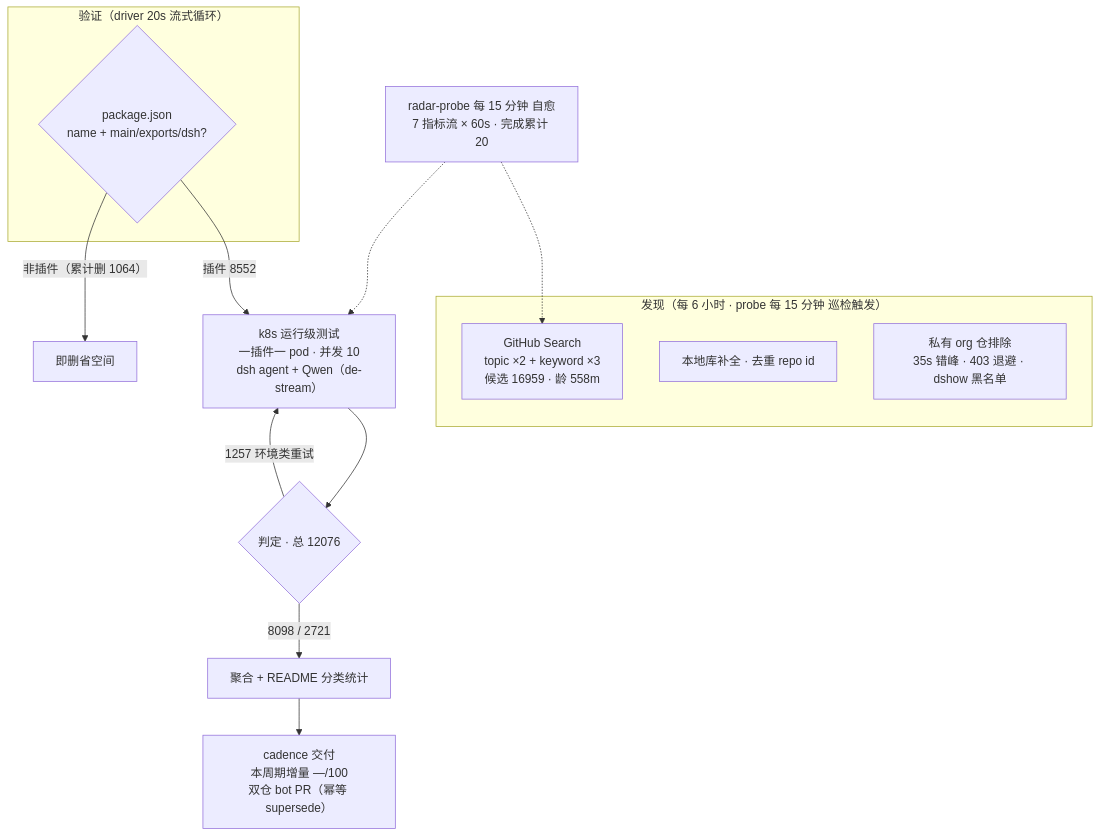
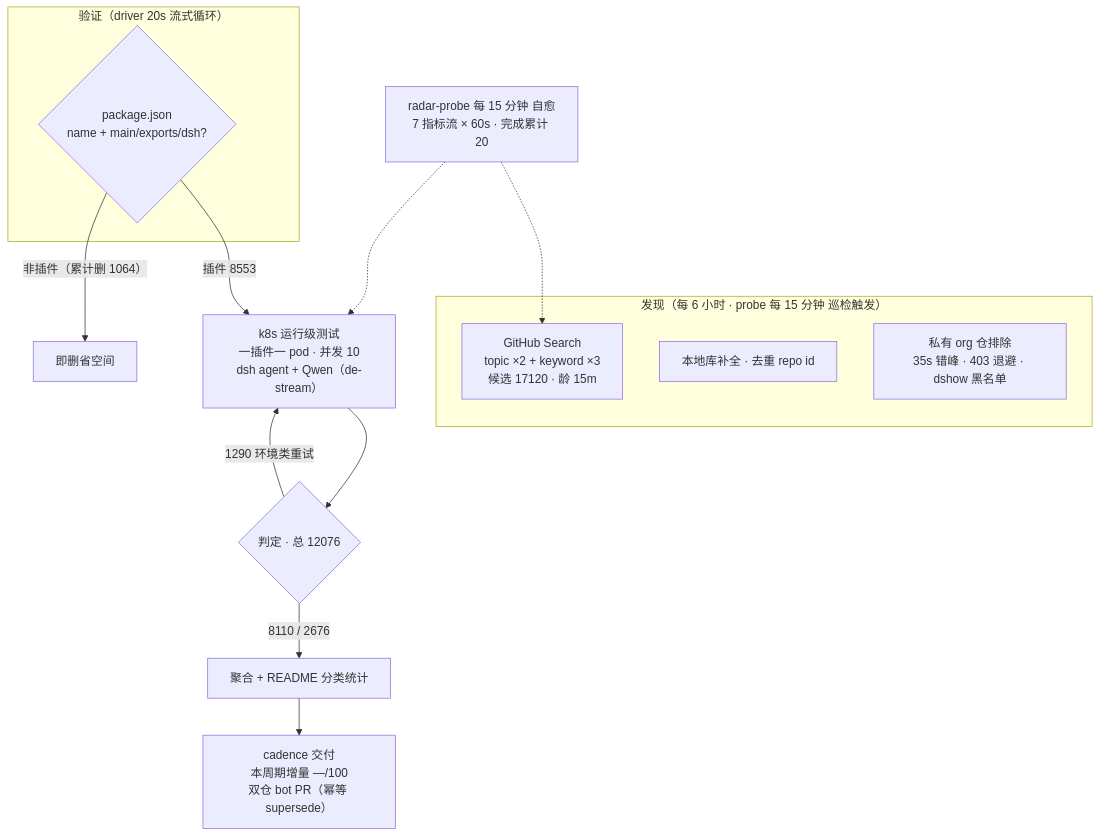
One commit to Zhidao-Lab-OSS/awesome-dsh-plugins changed the diagram in README.md. Above: the diagram before and after it, drawn with Mermaid. The commit also changed other lines of this file and 1 other file, not shown here.

````diff
--- a/README.md
+++ b/README.md
@@ -52,20 +52,20 @@
 ```mermaid
 flowchart TB
     subgraph Discovery["发现（每 6 小时 · probe 每 15 分钟 巡检触发）"]
-        A1["GitHub Search<br/>topic ×2 + keyword ×3<br/>候选 16959 · 龄 558m"]
+        A1["GitHub Search<br/>topic ×2 + keyword ×3<br/>候选 17120 · 龄 15m"]
         A2["本地库补全 · 去重 repo id"]
         A3["私有 org 仓排除<br/>35s 错峰 · 403 退避 · dshow 黑名单"]
     end
     subgraph Validation["验证（driver 20s 流式循环）"]
         B1{"package.json<br/>name + main/exports/dsh?"}
     end
-    B1 -->|"插件 8552"| C1["k8s 运行级测试<br/>一插件一 pod · 并发 10<br/>dsh agent + Qwen（de-stream）"]
+    B1 -->|"插件 8553"| C1["k8s 运行级测试<br/>一插件一 pod · 并发 10<br/>dsh agent + Qwen（de-stream）"]
     B1 -->|"非插件（累计删 1064）"| B3["即删省空间"]
     C1 --> D1{"判定 · 总 12076"}
-    D1 -->|"8098 / 2721"| E1["聚合 + README 分类统计"]
-    D1 -->|"1257 环境类重试"| C1
+    D1 -->|"8110 / 2676"| E1["聚合 + README 分类统计"]
+    D1 -->|"1290 环境类重试"| C1
     E1 --> E2["cadence 交付<br/>本周期增量 —/100<br/>双仓 bot PR（幂等 supersede）"]
     M["radar-probe 每 15 分钟 自愈<br/>7 指标流 × 60s · 完成累计 20"]
     M -.-> A1
     M -.-> C1
 ```
````
